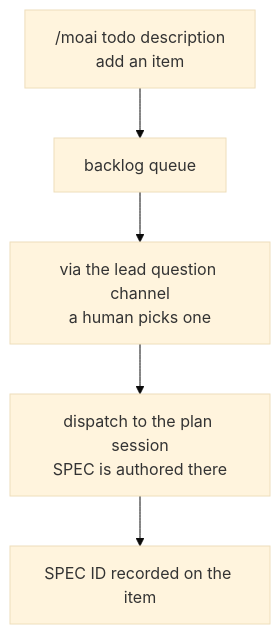
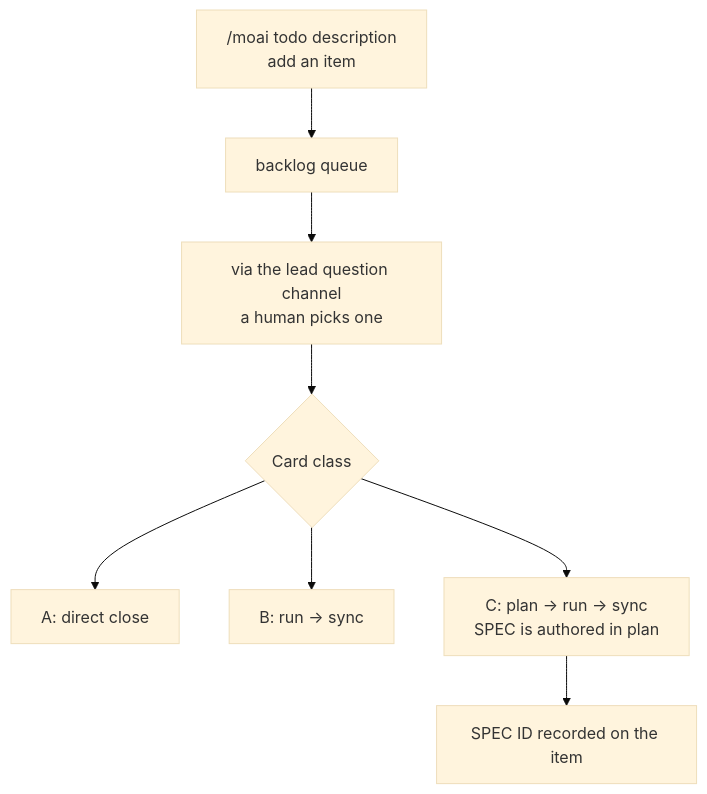
Before and after one commit to modu-ai/moai-adk: the diagram in docs-site/content/en/utility-commands/moai-todo.md, drawn with Mermaid (base theme). The commit also changed other lines of this file and 54 other files, not shown here.

````diff
--- a/docs-site/content/en/utility-commands/moai-todo.md
+++ b/docs-site/content/en/utility-commands/moai-todo.md
@@ -27,7 +27,10 @@
 ```mermaid
 flowchart TD
     Add["/moai todo description<br/>add an item"] --> Queue["backlog queue"]
     Queue --> Pick["via the lead question channel<br/>a human picks one"]
-    Pick --> Plan["dispatch to the plan session<br/>SPEC is authored there"]
+    Pick --> Class{"Card class"}
+    Class --> A["A: direct close"]
+    Class --> B["B: run → sync"]
+    Class --> Plan["C: plan → run → sync<br/>SPEC is authored in plan"]
     Plan --> Spec["SPEC ID recorded on the item"]
 ```
````
